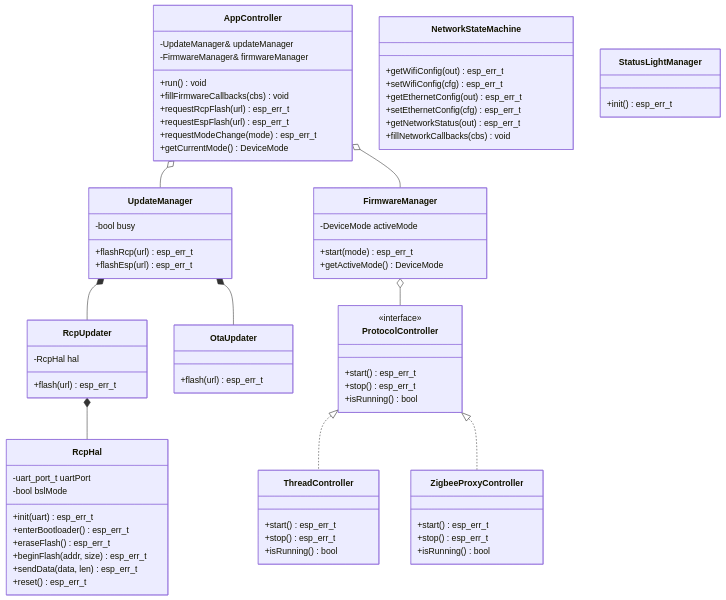
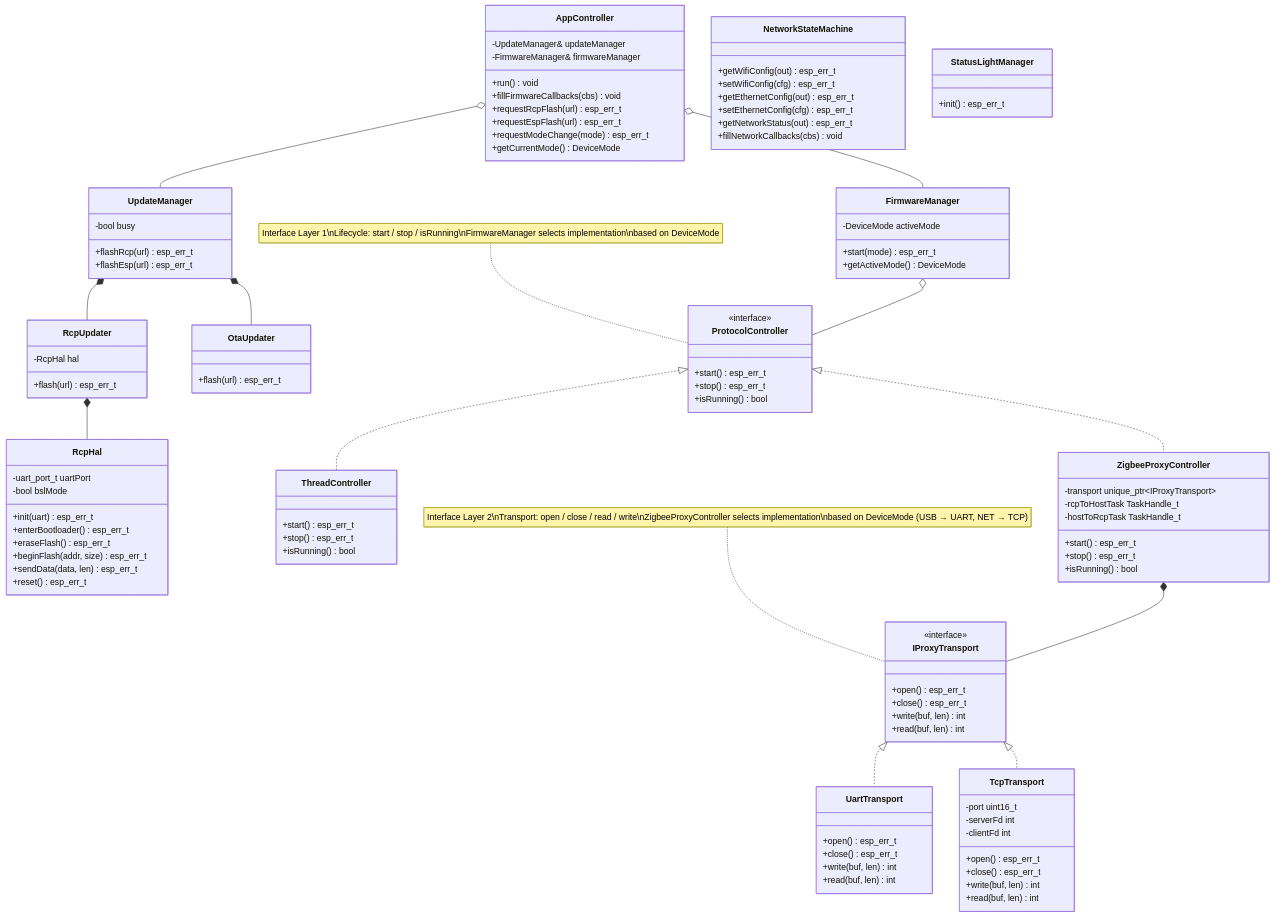
One commit to codm/czc-unified changed the first of 2 diagrams in README.md. Above: the diagram before and after it, drawn with Mermaid. The commit also changed other lines of this file and 8 other files, not shown here.

````diff
--- a/README.md
+++ b/README.md
@@ -408,6 +409,8 @@
         +start(mode) esp_err_t
         +getActiveMode() DeviceMode
     }
+
+    %% ── Interface Layer 1: Protocol lifecycle ──────────────────────────
     class ProtocolController {
         <<interface>>
         +start() esp_err_t
@@ -420,9 +423,36 @@
         +isRunning() bool
     }
     class ZigbeeProxyController {
+        -transport unique_ptr~IProxyTransport~
+        -rcpToHostTask TaskHandle_t
+        -hostToRcpTask TaskHandle_t
         +start() esp_err_t
         +stop() esp_err_t
         +isRunning() bool
+    }
+
+    %% ── Interface Layer 2: Byte-stream transport ────────────────────────
+    class IProxyTransport {
+        <<interface>>
+        +open() esp_err_t
+        +close() esp_err_t
+        +write(buf, len) int
+        +read(buf, len) int
+    }
+    class UartTransport {
+        +open() esp_err_t
+        +close() esp_err_t
+        +write(buf, len) int
+        +read(buf, len) int
+    }
+    class TcpTransport {
+        -port uint16_t
+        -serverFd int
+        -clientFd int
+        +open() esp_err_t
+        +close() esp_err_t
+        +write(buf, len) int
+        +read(buf, len) int
     }
 
     class NetworkStateMachine {
@@ -443,7 +473,15 @@
     UpdateManager *-- RcpUpdater
     UpdateManager *-- OtaUpdater
     RcpUpdater *-- RcpHal
+
     FirmwareManager o-- ProtocolController
     ProtocolController <|.. ThreadController
     ProtocolController <|.. ZigbeeProxyController
+
+    ZigbeeProxyController *-- IProxyTransport
+    IProxyTransport <|.. UartTransport
+    IProxyTransport <|.. TcpTransport
+
+    note for ProtocolController "Interface Layer 1\nLifecycle: start / stop / isRunning\nFirmwareManager selects implementation\nbased on DeviceMode"
+    note for IProxyTransport "Interface Layer 2\nTransport: open / close / read / write\nZigbeeProxyController selects implementation\nbased on DeviceMode (USB → UART, NET → TCP)"
 ```
````
